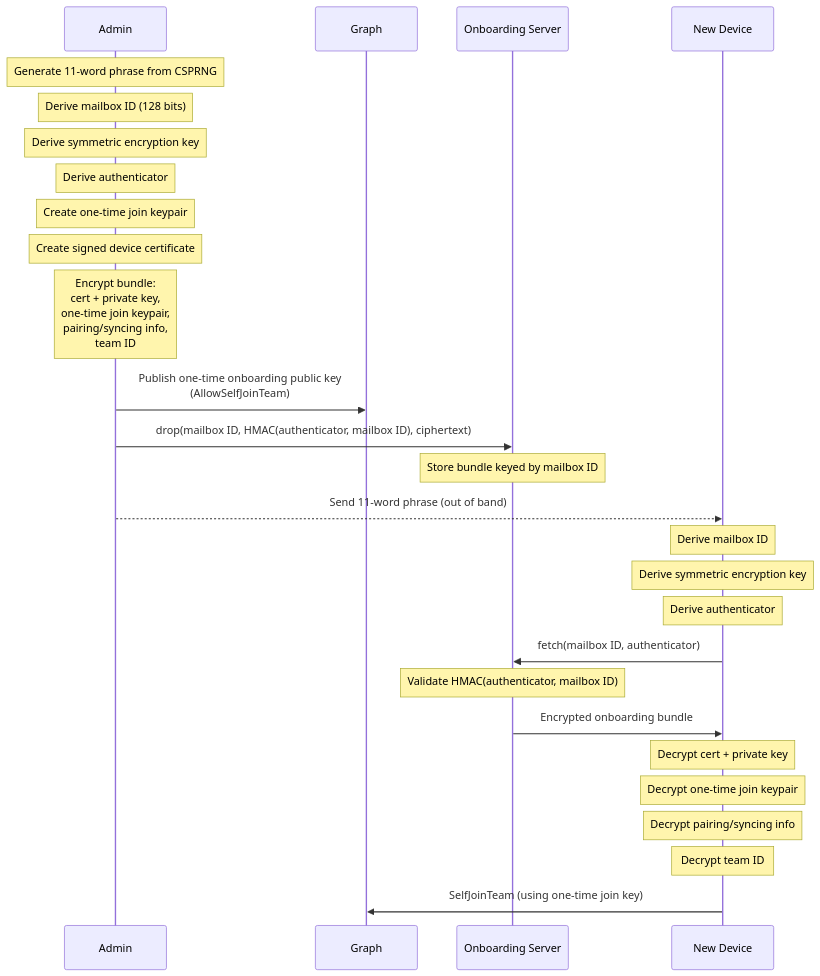
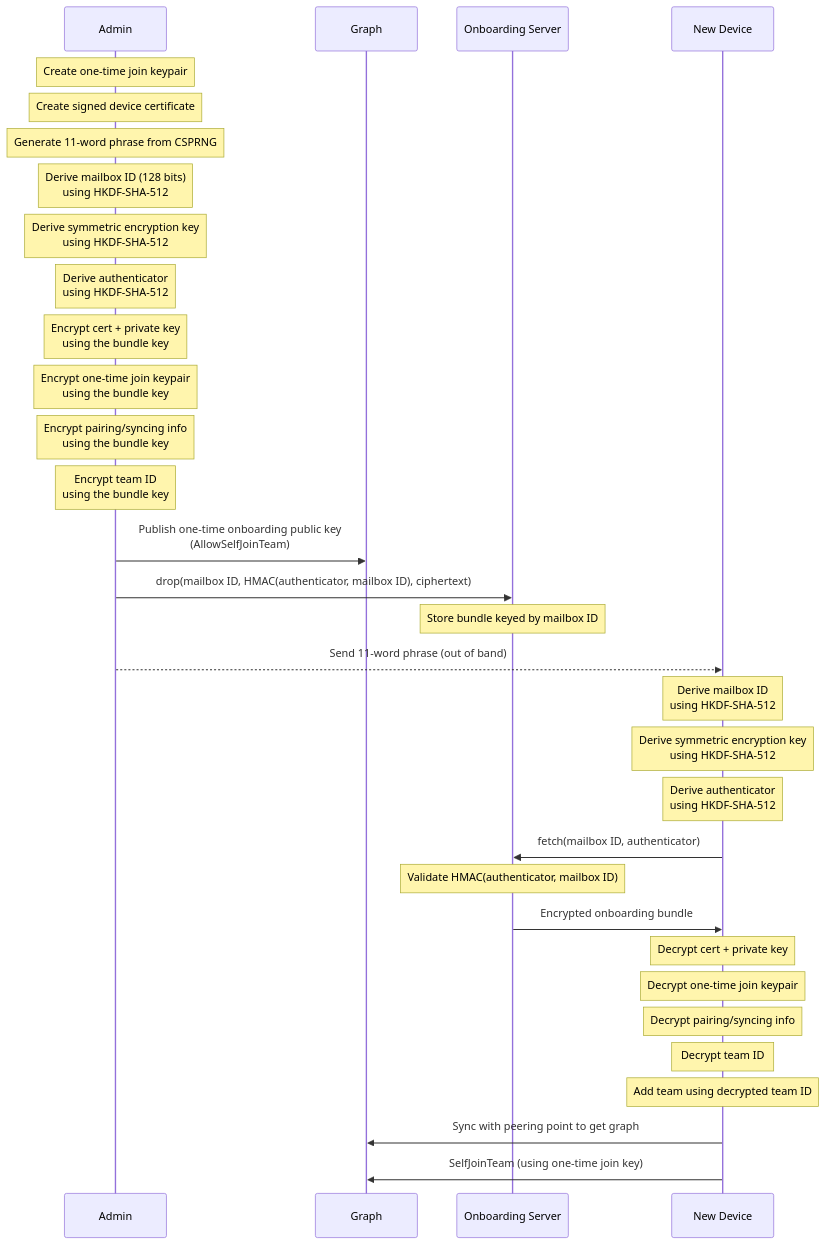
The diagram in docs/async-onboarding.md (aranya-project/aranya-docs), drawn with Mermaid before and after one commit.

Commit message:
diagram update

````diff
--- a/docs/async-onboarding.md
+++ b/docs/async-onboarding.md
@@ -40,36 +40,41 @@
 ```mermaid
 sequenceDiagram
     participant Admin
     participant Graph
     participant Server as Onboarding Server
     participant New as New Device
 
-    Note over Admin: Generate 11-word phrase from CSPRNG
-    Note over Admin: Derive mailbox ID (128 bits)
-    Note over Admin: Derive symmetric encryption key
-    Note over Admin: Derive authenticator
     Note over Admin: Create one-time join keypair
     Note over Admin: Create signed device certificate
-    Note over Admin: Encrypt bundle:<br/>cert + private key,<br/>one-time join keypair,<br/>pairing/syncing info,<br/>team ID
+    Note over Admin: Generate 11-word phrase from CSPRNG
+    Note over Admin: Derive mailbox ID (128 bits)<br/>using HKDF-SHA-512
+    Note over Admin: Derive symmetric encryption key<br/>using HKDF-SHA-512
+    Note over Admin: Derive authenticator<br/>using HKDF-SHA-512
+    Note over Admin: Encrypt cert + private key<br/>using the bundle key
+    Note over Admin: Encrypt one-time join keypair<br/>using the bundle key
+    Note over Admin: Encrypt pairing/syncing info<br/>using the bundle key
+    Note over Admin: Encrypt team ID<br/>using the bundle key
 
     Admin->>Graph: Publish one-time onboarding public key<br/>(AllowSelfJoinTeam)
     Admin->>Server: drop(mailbox ID, HMAC(authenticator, mailbox ID), ciphertext)
     Note over Server: Store bundle keyed by mailbox ID
 
     Admin-->>New: Send 11-word phrase (out of band)
 
-    Note over New: Derive mailbox ID
-    Note over New: Derive symmetric encryption key
-    Note over New: Derive authenticator
+    Note over New: Derive mailbox ID<br/>using HKDF-SHA-512
+    Note over New: Derive symmetric encryption key<br/>using HKDF-SHA-512
+    Note over New: Derive authenticator<br/>using HKDF-SHA-512
 
     New->>Server: fetch(mailbox ID, authenticator)
     Note over Server: Validate HMAC(authenticator, mailbox ID)
     Server->>New: Encrypted onboarding bundle
 
     Note over New: Decrypt cert + private key
     Note over New: Decrypt one-time join keypair
     Note over New: Decrypt pairing/syncing info
     Note over New: Decrypt team ID
 
+    Note over New: Add team using decrypted team ID
+    New->>Graph: Sync with peering point to get graph
     New->>Graph: SelfJoinTeam (using one-time join key)
 ```
````
